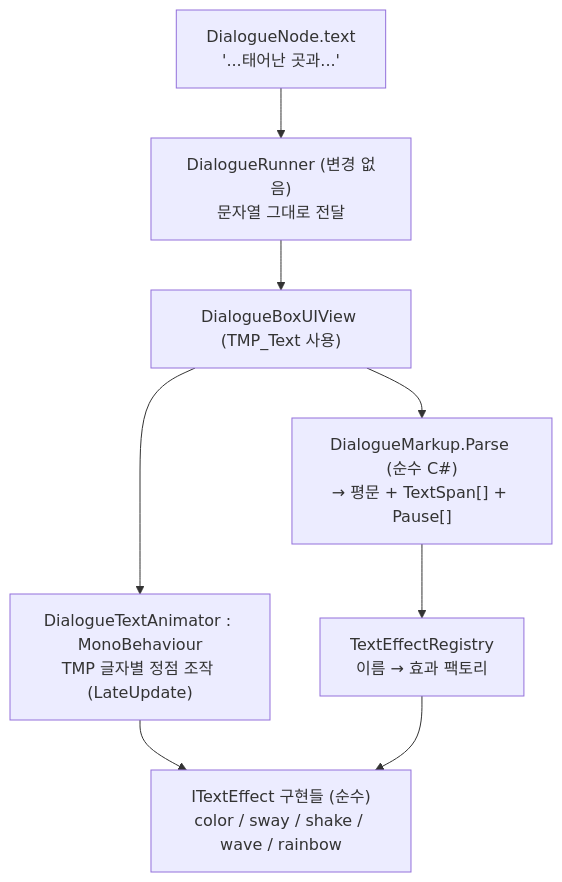
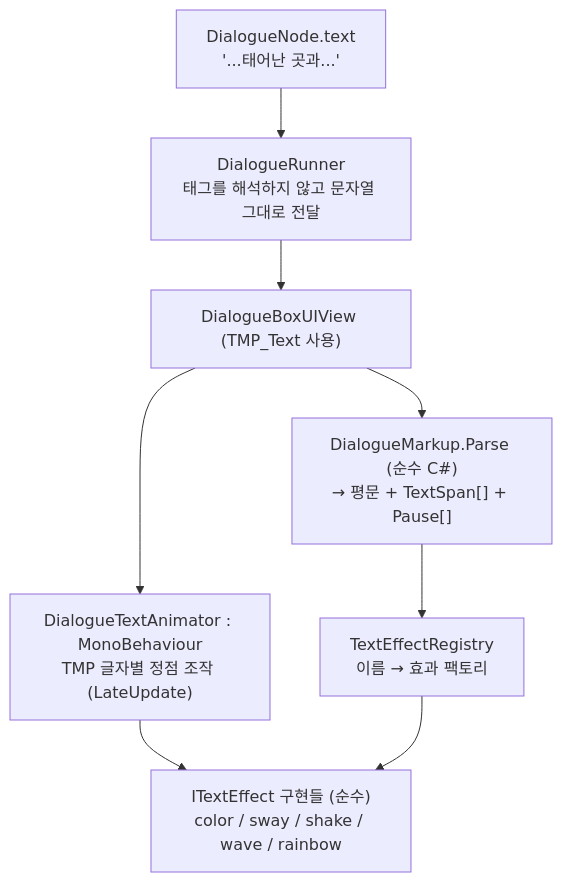
One commit to Seung-Hyun-211/ClaudeUnityPluginTest changed the diagram in documents/dialogue-text-effects.md. Above: the diagram before and after it, drawn with Mermaid. The commit also changed other lines of this file and 6 other files, not shown here.

````diff
--- a/documents/dialogue-text-effects.md
+++ b/documents/dialogue-text-effects.md
@@ -12,17 +12,17 @@
 ```mermaid
 graph TD
     Node["DialogueNode.text<br/>'...<hl>태어난 곳</hl>과...'"]
-    Runner["DialogueRunner (변경 없음)<br/>문자열 그대로 전달"]
+    Runner["DialogueRunner<br/>태그를 해석하지 않고 문자열 그대로 전달"]
     View["DialogueBoxUIView (TMP_Text 사용)"]
     Markup["DialogueMarkup.Parse (순수 C#)<br/>→ 평문 + TextSpan[] + Pause[]"]
     Anim["DialogueTextAnimator : MonoBehaviour<br/>TMP 글자별 정점 조작 (LateUpdate)"]
     Effects["ITextEffect 구현들 (순수)<br/>color / sway / shake / wave / rainbow"]
     Registry["TextEffectRegistry<br/>이름 → 효과 팩토리"]
 
     Node --> Runner --> View
     View --> Markup
     View --> Anim
     Markup --> Registry
     Anim --> Effects
     Registry --> Effects
 ```
````
